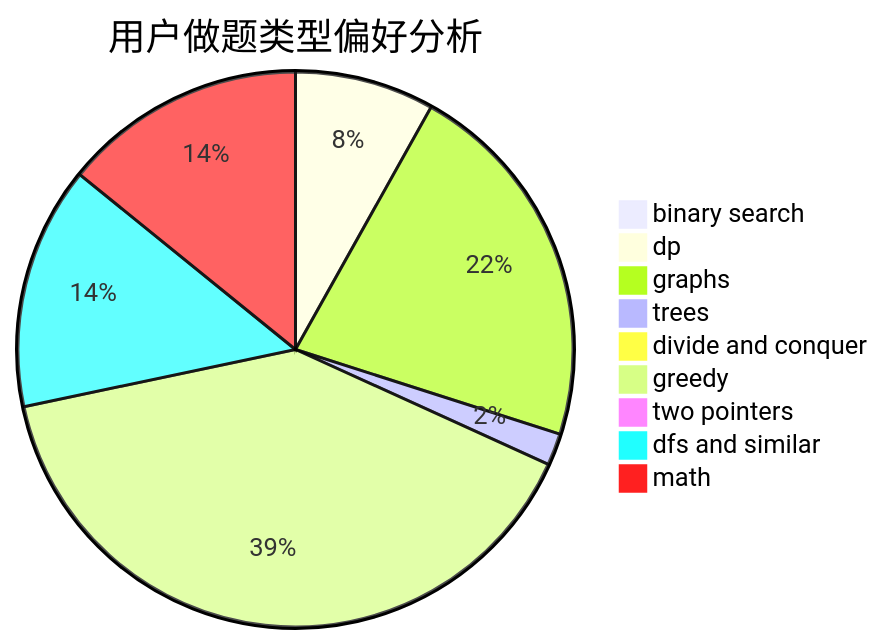
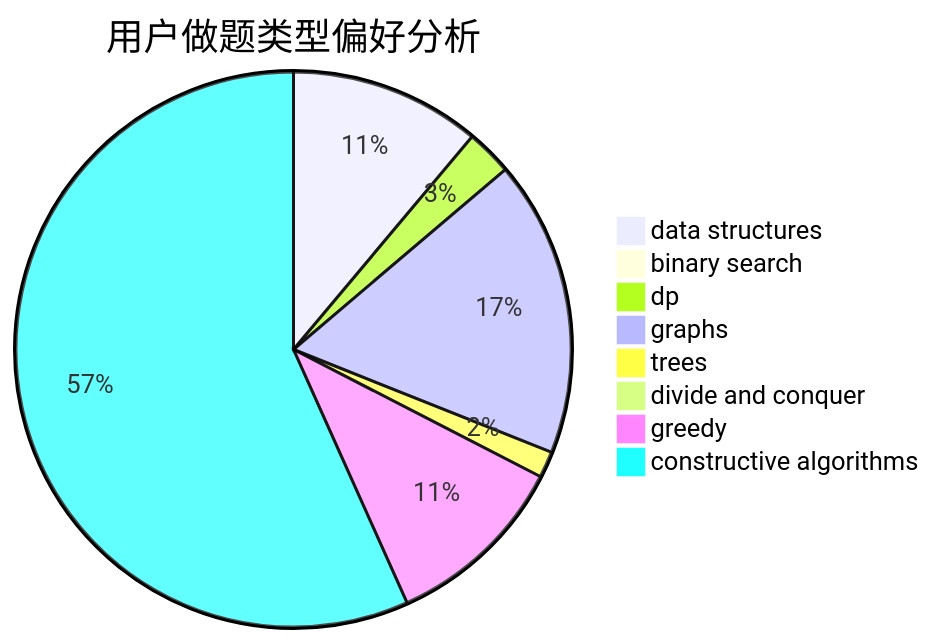
The second of 3 diagrams in docs/user/u2187.md (sherpahu/cfrs.github.io), drawn with Mermaid before and after one commit. The commit also changed other lines of this file and 2775 other files, not shown here.

````diff
--- a/docs/user/u2187.md
+++ b/docs/user/u2187.md
@@ -23,12 +23,11 @@
 ```mermaid
 pie title 用户做题类型偏好分析
-    "binary search" :  4
-    "dp" :  35
-    "graphs" :  94
-    "trees" :  8
+    "data structures" :  29
+    "binary search" :  0
+    "dp" :  7
+    "graphs" :  45
+    "trees" :  4
     "divide and conquer" :  0
-    "greedy" :  172
-    "two pointers" :  1
-    "dfs and similar" :  61
-    "math" :  61
+    "greedy" :  28
+    "constructive algorithms" :  148
 ```
````
